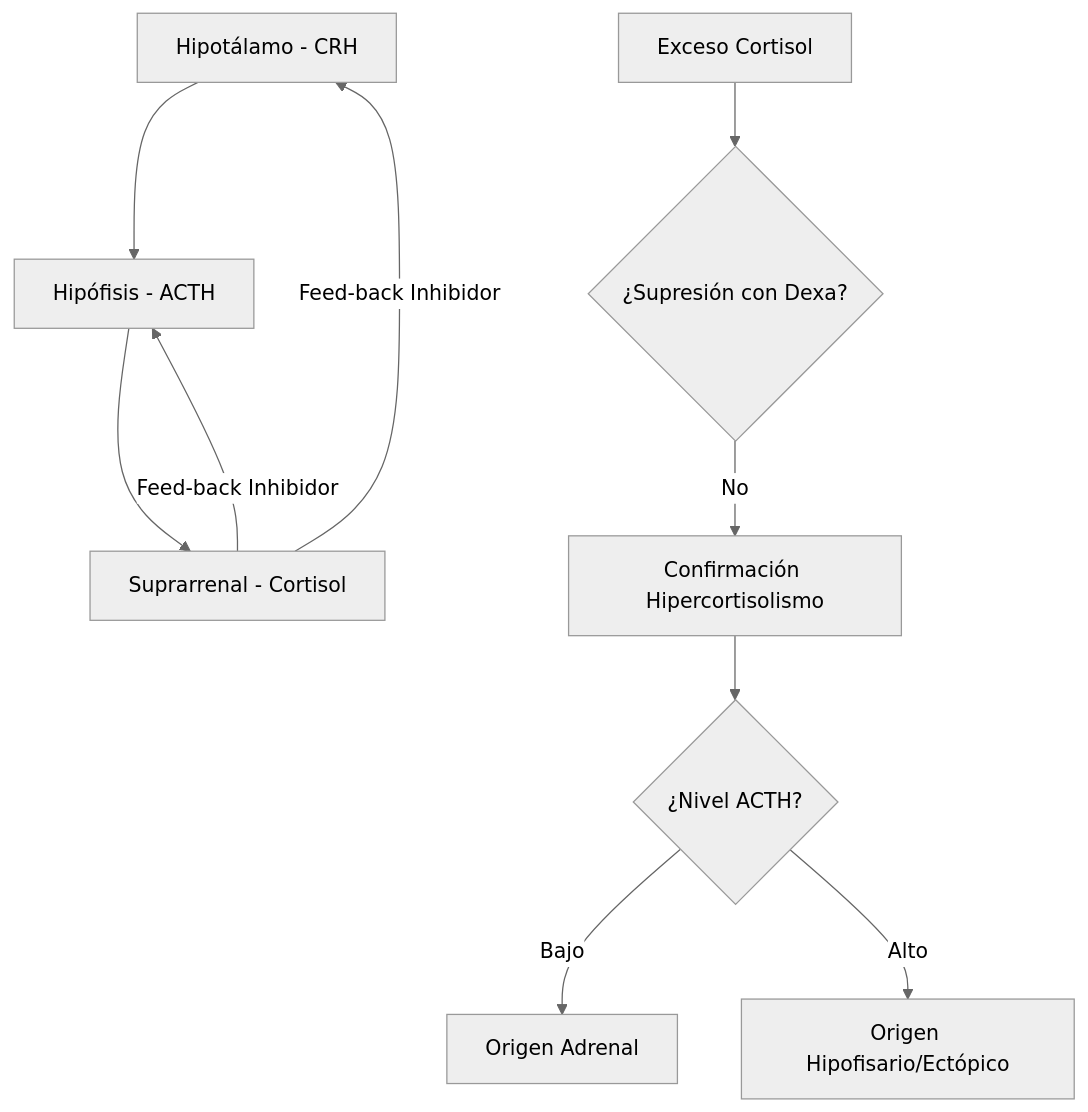
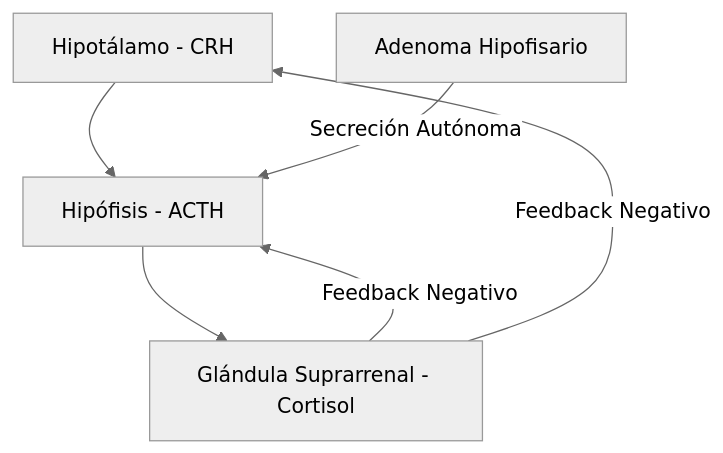
One commit to rausejop/TSLCB changed the first of 2 diagrams in Act_TSLCB_2026/Semana_02_Hormonas/01_Cushing_Sindrome_vs_Enfermedad.md. Above: the diagram before and after it, drawn with Mermaid (neutral theme). The commit also changed other lines of this file and 3 other files, not shown here.

````diff
--- a/Act_TSLCB_2026/Semana_02_Hormonas/01_Cushing_Sindrome_vs_Enfermedad.md
+++ b/Act_TSLCB_2026/Semana_02_Hormonas/01_Cushing_Sindrome_vs_Enfermedad.md
@@ -27,12 +24,8 @@
 ```mermaid
 graph TD
     A[Hipotálamo - CRH] --> B[Hipófisis - ACTH]
-    B --> C[Suprarrenal - Cortisol]
-    C -->|Feed-back Inhibidor| A
-    C -->|Feed-back Inhibidor| B
-    D[Exceso Cortisol] --> E{¿Supresión con Dexa?}
-    E -- No --> F[Confirmación Hipercortisolismo]
-    F --> G{¿Nivel ACTH?}
-    G -- Bajo --> H[Origen Adrenal]
-    G -- Alto --> I[Origen Hipofisario/Ectópico]
+    B --> C[Glándula Suprarrenal - Cortisol]
+    C -->|Feedback Negativo| B
+    C -->|Feedback Negativo| A
+    D[Adenoma Hipofisario] -->|Secreción Autónoma| B
 ```
````
